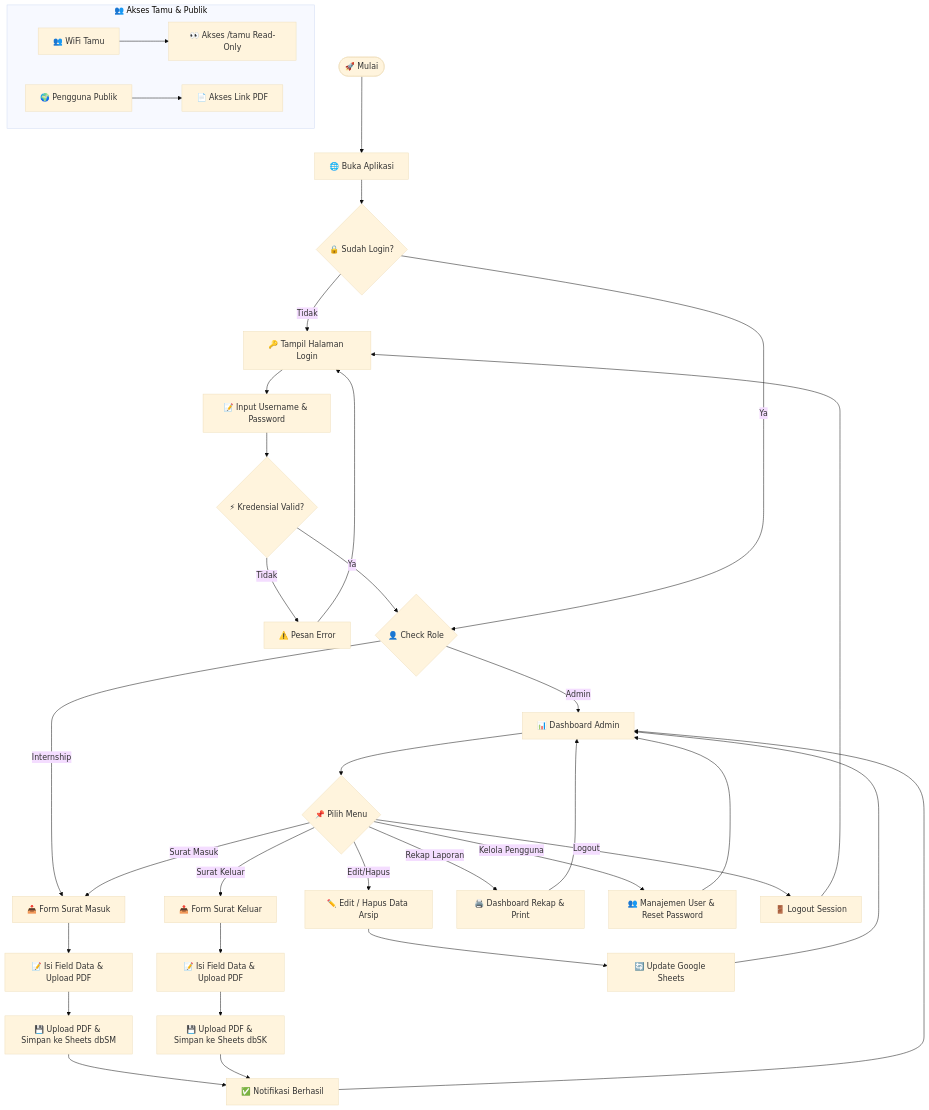
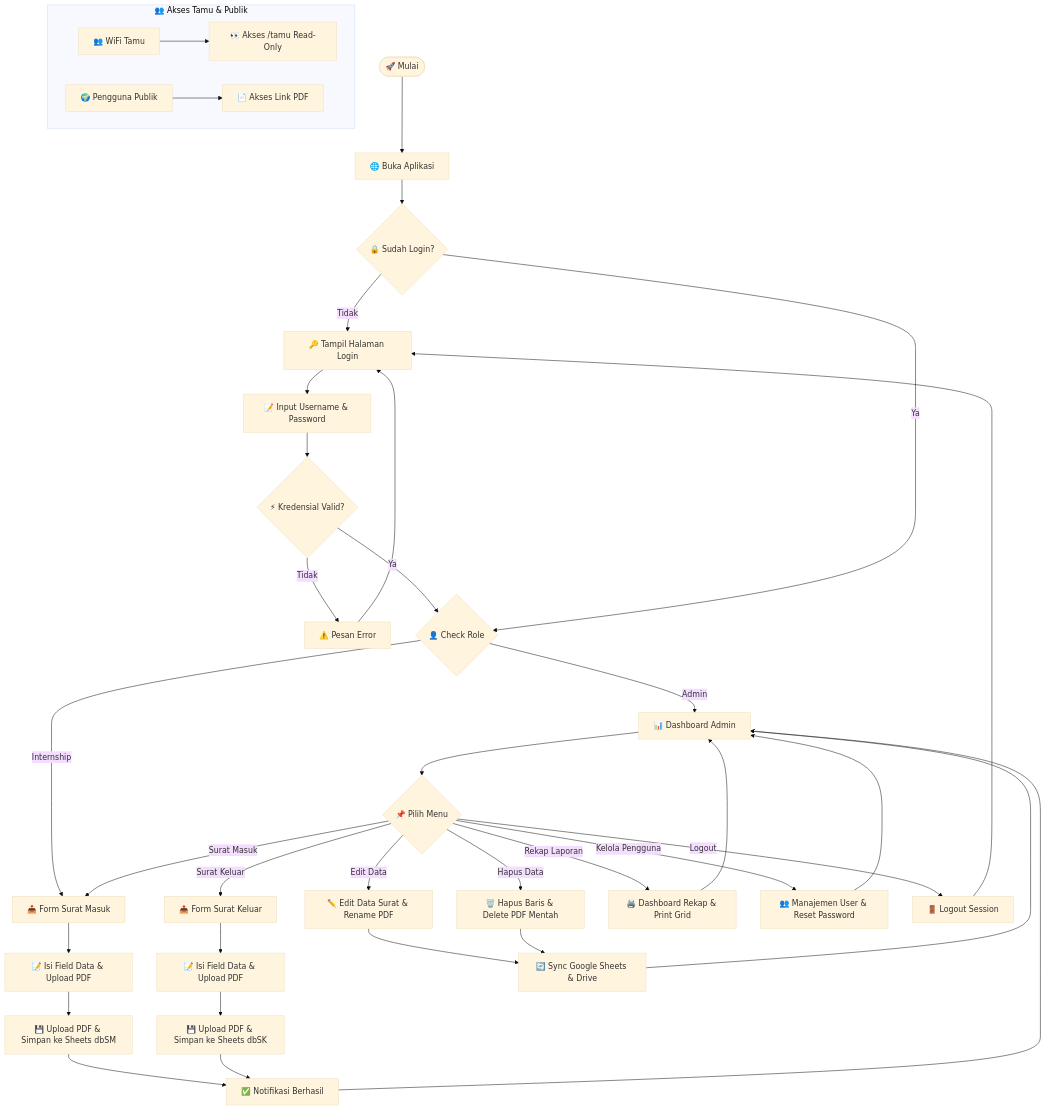
The second of 3 diagrams in README.md (Rpl087/PROJECT-MAGANG), drawn with Mermaid (base theme) before and after one commit. The commit also changed other lines of this file, not shown here.

````diff
--- a/README.md
+++ b/README.md
@@ -189,44 +194,47 @@
 ```mermaid
 flowchart TD
     Start(["🚀 Mulai"]) --> OpenApp["🌐 Buka Aplikasi"]
     OpenApp --> CheckAuth{"🔒 Sudah Login?"}
 
     CheckAuth -- Tidak --> LoginPage["🔑 Tampil Halaman Login"]
     LoginPage --> InputCred["📝 Input Username & Password"]
     InputCred --> ValidateCred{"⚡ Kredensial Valid?"}
     ValidateCred -- Tidak --> ErrMsg["⚠️ Pesan Error"] --> LoginPage
     ValidateCred -- Ya --> CheckRole{"👤 Check Role"}
 
     CheckAuth -- Ya --> CheckRole
 
     CheckRole -- Admin --> Dashboard["📊 Dashboard Admin"]
     CheckRole -- Internship --> SuratMasukPage["📥 Form Surat Masuk"]
 
     Dashboard --> MenuOpt{"📌 Pilih Menu"}
 
     MenuOpt -- Surat Masuk --> SuratMasukPage
     SuratMasukPage --> FormSM["📝 Isi Field Data & Upload PDF"]
     FormSM --> SaveSM["💾 Upload PDF & Simpan ke Sheets dbSM"]
     SaveSM --> SuccessNotif["✅ Notifikasi Berhasil"] --> Dashboard
 
     MenuOpt -- Surat Keluar --> SuratKeluarPage["📤 Form Surat Keluar"]
     SuratKeluarPage --> FormSK["📝 Isi Field Data & Upload PDF"]
     FormSK --> SaveSK["💾 Upload PDF & Simpan ke Sheets dbSK"]
     SaveSK --> SuccessNotif
 
-    MenuOpt -- Edit/Hapus --> ManageData["✏️ Edit / Hapus Data Arsip"]
-    ManageData --> UpdateSheets["🔄 Update Google Sheets"] --> Dashboard
+    MenuOpt -- Edit Data --> EditData["✏️ Edit Data Surat & Rename PDF"]
+    EditData --> UpdateSheets["🔄 Sync Google Sheets & Drive"] --> Dashboard
 
-    MenuOpt -- Rekap Laporan --> ReportPage["🖨️ Dashboard Rekap & Print"]
+    MenuOpt -- Hapus Data --> DeleteData["🗑️ Hapus Baris & Delete PDF Mentah"]
+    DeleteData --> UpdateSheets
+
+    MenuOpt -- Rekap Laporan --> ReportPage["🖨️ Dashboard Rekap & Print Grid"]
     ReportPage --> Dashboard
 
     MenuOpt -- Kelola Pengguna --> UserMgmt["👥 Manajemen User & Reset Password"]
     UserMgmt --> Dashboard
 
     MenuOpt -- Logout --> LogoutSession["🚪 Logout Session"] --> LoginPage
 
     subgraph GuestFlow ["👥 Akses Tamu & Publik"]
         GuestUser["👥 WiFi Tamu"] --> GuestPage["👀 Akses /tamu Read-Only"]
         PublicUser["🌍 Pengguna Publik"] --> ViewPDF["📄 Akses Link PDF"]
     end
 ```
````
